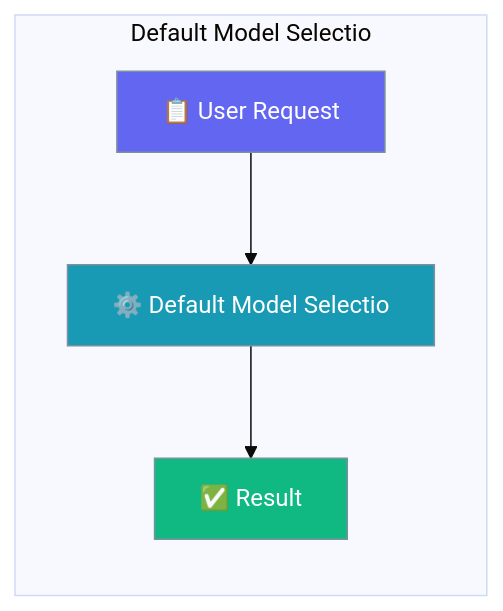
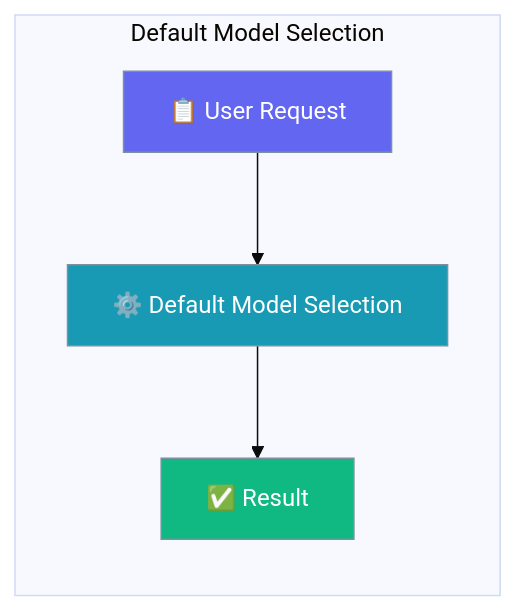
One commit to MervinPraison/PraisonAIDocs changed the first of 5 diagrams in docs/features/default-model-selection.mdx. Above: the diagram before and after it, drawn with Mermaid (base theme). The commit also changed other lines of this file and 45 other files, not shown here.

First line of the commit message:
docs: fix truncated Mermaid diagram feature names (22-char cutoff)

````diff
--- a/docs/features/default-model-selection.mdx
+++ b/docs/features/default-model-selection.mdx
@@ -11,15 +11,15 @@
 ```mermaid
 graph LR
-    subgraph "Default Model Selectio"
-        Request[📋 User Request] --> Process[⚙️ Default Model Selectio]
+    subgraph "Default Model Selection"
+        Request[📋 User Request] --> Process[⚙️ Default Model Selection]
         Process --> Result[✅ Result]
     end
 
     classDef input fill:#6366F1,stroke:#7C90A0,color:#fff
     classDef process fill:#189AB4,stroke:#7C90A0,color:#fff
     classDef output fill:#10B981,stroke:#7C90A0,color:#fff
 
     class Request input
     class Process process
     class Result output
 ```
````
